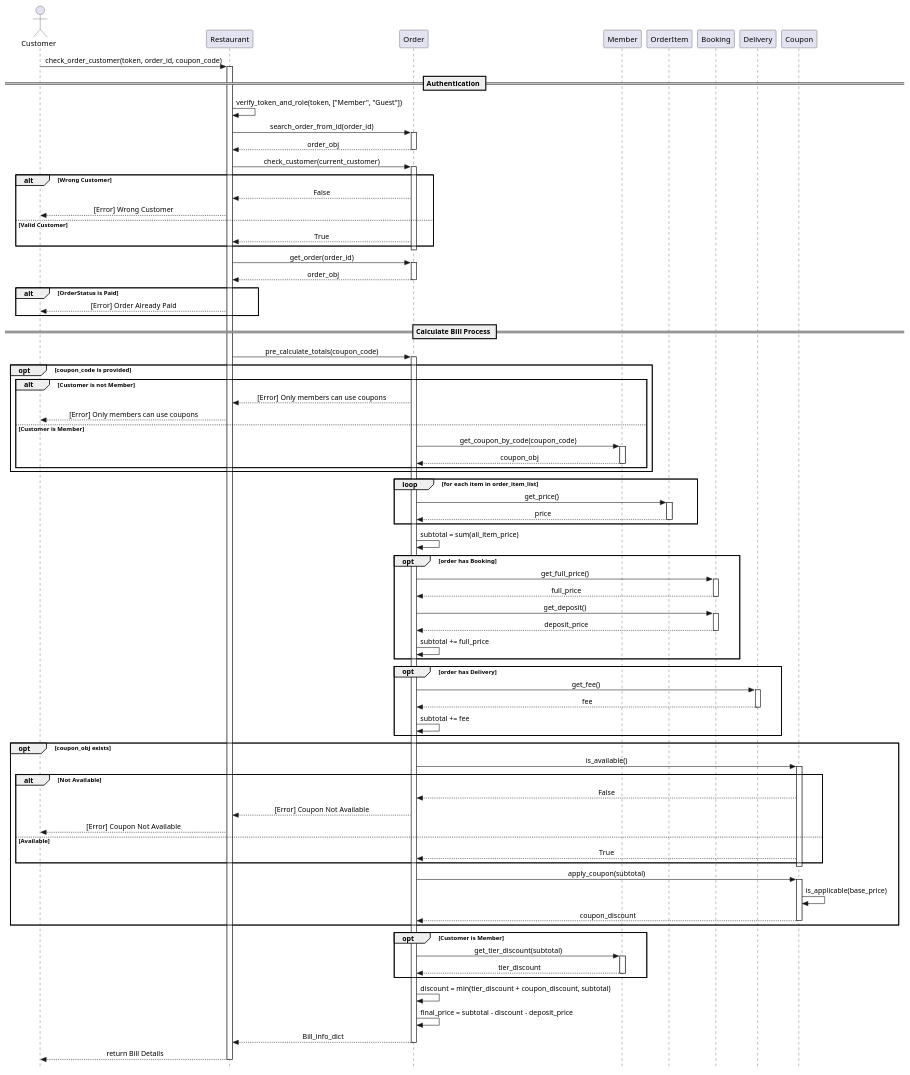
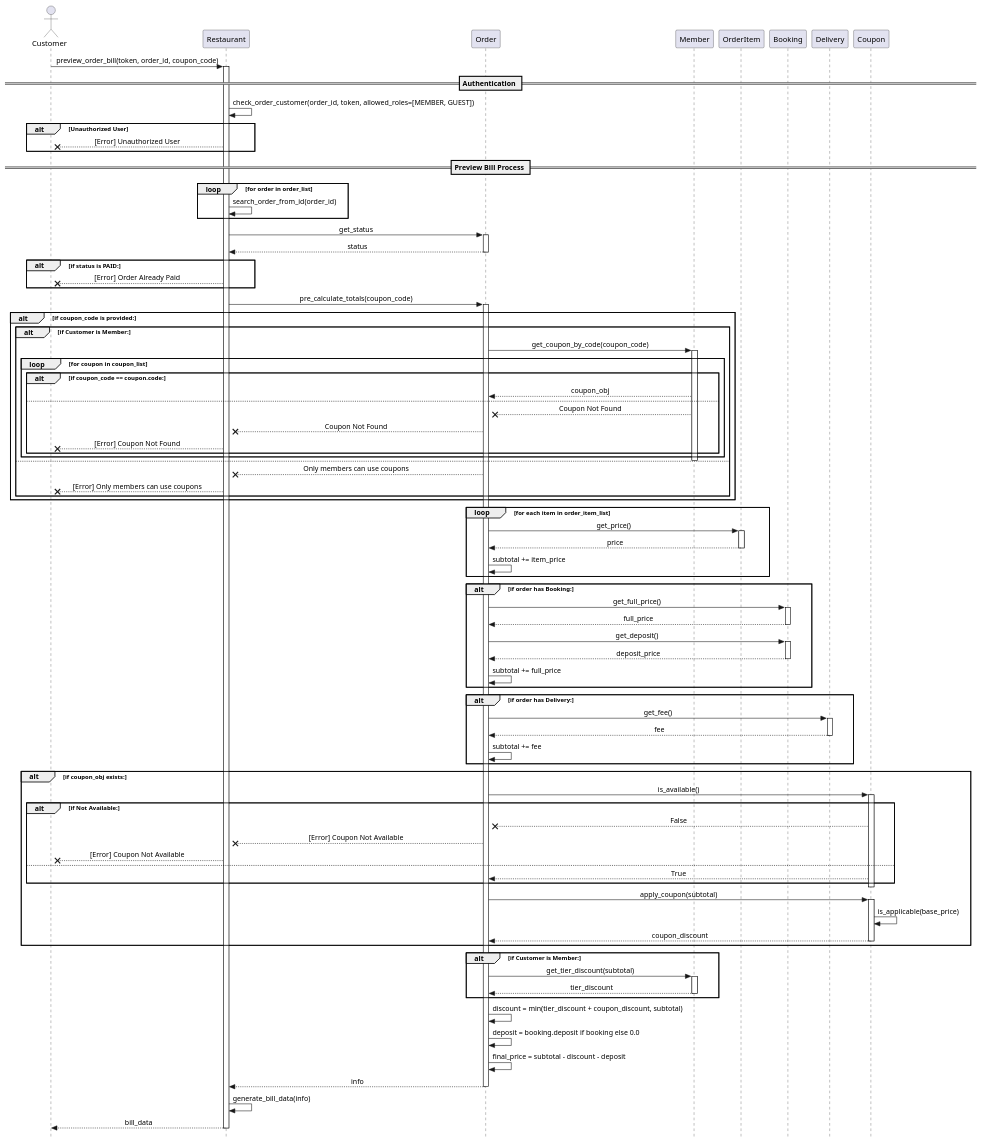
One commit to twrrippy/knight-chicken-oop changed the diagram in shared/doc/preview_order_bill_sequence.puml. Above: the diagram before and after it, drawn with PlantUML. The commit also changed 1 other file, not shown here.

Commit message:
แก้ preview order

```diff
--- a/shared/doc/preview_order_bill_sequence.puml
+++ b/shared/doc/preview_order_bill_sequence.puml
@@ -1,124 +1,128 @@
 @startuml preview_order_bill_sequence
 skinparam style strictuml
 skinparam sequenceMessageAlignment center
 
 actor "Customer"
 participant "Restaurant" 
 participant "Order"
 participant "Member"
 participant "OrderItem"
 participant "Booking"
 participant "Delivery"
 participant "Coupon"
 
-Customer -> Restaurant : check_order_customer(token, order_id, coupon_code)
+Customer -> Restaurant : preview_order_bill(token, order_id, coupon_code)
 activate Restaurant
+
     == Authentication ==
 
-    Restaurant -> Restaurant : verify_token_and_role(token, ["Member", "Guest"])
+    Restaurant -> Restaurant : check_order_customer(order_id, token, allowed_roles=[MEMBER, GUEST])
+    alt Unauthorized User 
+      Restaurant --X Customer : [Error] Unauthorized User
+    end
+
+    == Preview Bill Process ==
+
+    loop for order in order_list
+      Restaurant -> Restaurant : search_order_from_id(order_id)
+    end
     
-    Restaurant -> Order : search_order_from_id(order_id)
+    Restaurant -> Order: get_status
     activate Order
-      Order --> Restaurant : order_obj
+    Order --> Restaurant : status
     deactivate Order
     
-    Restaurant -> Order : check_customer(current_customer)
-    activate Order
-      alt Wrong Customer
-        Order --> Restaurant : False
-        Restaurant --> Customer : [Error] Wrong Customer
-      else Valid Customer
-        Order --> Restaurant : True
-      end
-    deactivate Order
-
-    Restaurant -> Order : get_order(order_id)
-    activate Order
-      Order --> Restaurant : order_obj
-    deactivate Order
-    
-    alt OrderStatus is Paid
-      Restaurant --> Customer : [Error] Order Already Paid
+    alt if status is PAID:
+      Restaurant --X Customer : [Error] Order Already Paid
     end
 
-    == Calculate Bill Process ==
     Restaurant -> Order : pre_calculate_totals(coupon_code)
     activate Order
 
-      opt coupon_code is provided
-        alt Customer is not Member
-          Order --> Restaurant : [Error] Only members can use coupons
-          Restaurant --> Customer : [Error] Only members can use coupons
-        else Customer is Member
+      alt if coupon_code is provided:
+        alt if Customer is Member:
           Order -> Member: get_coupon_by_code(coupon_code)
           activate Member
-            Member --> Order: coupon_obj
+            loop for coupon in coupon_list
+              alt if coupon_code == coupon.code:
+                Member --> Order : coupon_obj
+              else
+                Member --X Order : Coupon Not Found
+                Order --X Restaurant : Coupon Not Found
+                Restaurant --X Customer : [Error] Coupon Not Found
+              end
+            end
           deactivate Member
+        else
+          Order --X Restaurant : Only members can use coupons
+          Restaurant --X Customer : [Error] Only members can use coupons
         end
       end
 
       loop for each item in order_item_list
           Order -> OrderItem : get_price()
           activate OrderItem
           OrderItem --> Order : price
           deactivate OrderItem
+          Order -> Order: subtotal += item_price
       end
 
-      Order -> Order: subtotal = sum(all_item_price)
-
-      opt order has Booking
+      alt if order has Booking:
         Order -> Booking: get_full_price()
         activate Booking
           Booking --> Order: full_price
         deactivate Booking
         
         Order -> Booking: get_deposit()
         activate Booking
           Booking --> Order: deposit_price
         deactivate Booking
         Order -> Order: subtotal += full_price
       end
 
-      opt order has Delivery
+      alt if order has Delivery:
         Order -> Delivery: get_fee()
         activate Delivery
           Delivery --> Order: fee
         deactivate Delivery
         Order -> Order: subtotal += fee
       end
 
-      opt coupon_obj exists
+      alt if coupon_obj exists:
         Order -> Coupon: is_available()
         activate Coupon
-          alt Not Available
-            Coupon --> Order: False
-            Order --> Restaurant: [Error] Coupon Not Available
-            Restaurant --> Customer: [Error] Coupon Not Available
-          else Available
+          alt if Not Available:
+            Coupon --X Order: False
+            Order --X Restaurant: [Error] Coupon Not Available
+            Restaurant --X Customer: [Error] Coupon Not Available
+          else
             Coupon --> Order: True
           end
         deactivate Coupon
         
         Order -> Coupon: apply_coupon(subtotal)
         activate Coupon
           Coupon -> Coupon: is_applicable(base_price)
           Coupon --> Order: coupon_discount 
         deactivate Coupon
       end
 
-      opt Customer is Member
+      alt if Customer is Member:
         Order -> Member: get_tier_discount(subtotal)
         activate Member
           Member --> Order: tier_discount
         deactivate Member
       end
 
       Order -> Order: discount = min(tier_discount + coupon_discount, subtotal)
-      Order -> Order: final_price = subtotal - discount - deposit_price
+      Order -> Order: deposit = booking.deposit if booking else 0.0
+      Order -> Order: final_price = subtotal - discount - deposit
 
-      Order --> Restaurant: Bill_info_dict
+      Order --> Restaurant: info
     deactivate Order
     
-    Restaurant --> Customer : return Bill Details
+    Restaurant -> Restaurant : generate_bill_data(info)
+    Restaurant --> Customer : bill_data
+
 deactivate Restaurant
 @enduml
```
